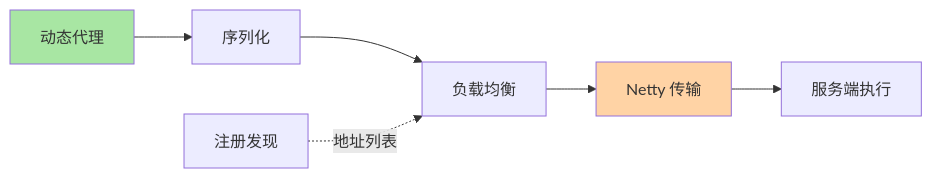
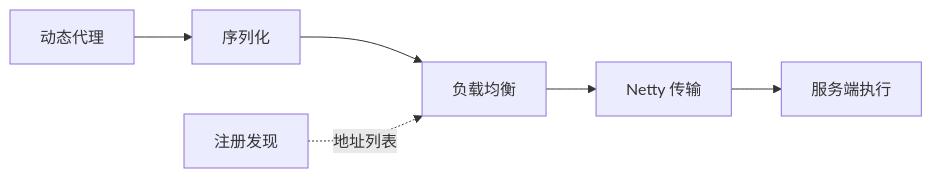
Before and after one commit to xiaobo1997/programmer-knowledge-graph: the first of 5 diagrams in docs/architecture/service-governance/rpc/整合层/自定义实现一个RPC/index.md, drawn with Mermaid. The commit also changed other lines of this file and 126 other files, not shown here.

````diff
--- a/docs/architecture/service-governance/rpc/整合层/自定义实现一个RPC/index.md
+++ b/docs/architecture/service-governance/rpc/整合层/自定义实现一个RPC/index.md
@@ -19,10 +19,8 @@
 ```mermaid
 flowchart LR
     A["动态代理"] --> B["序列化"]
     B --> C["负载均衡"]
     C --> D["Netty 传输"]
     D --> E["服务端执行"]
     F["注册发现"] -.->|地址列表| C
-    style A fill:#a8e6a3
-    style D fill:#ffd3a5
 ```
````
